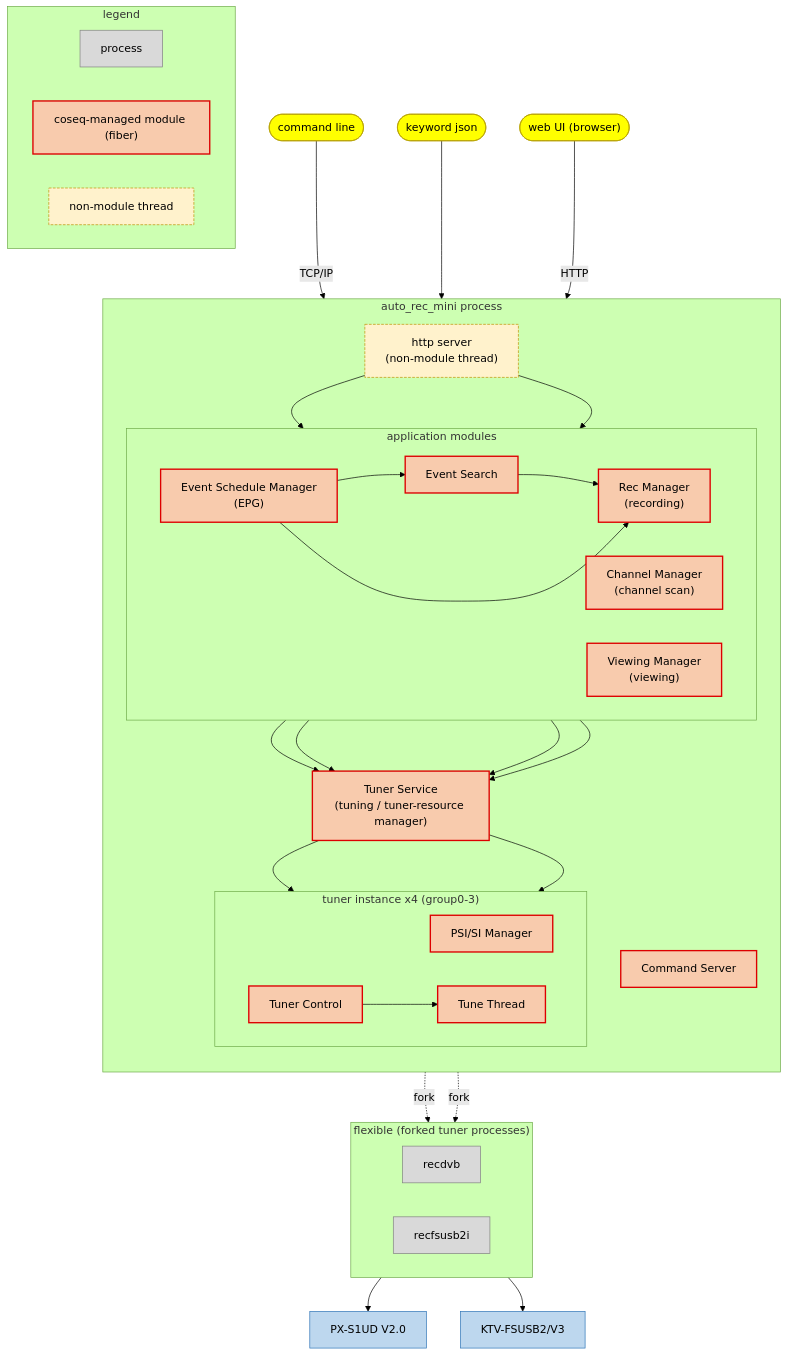
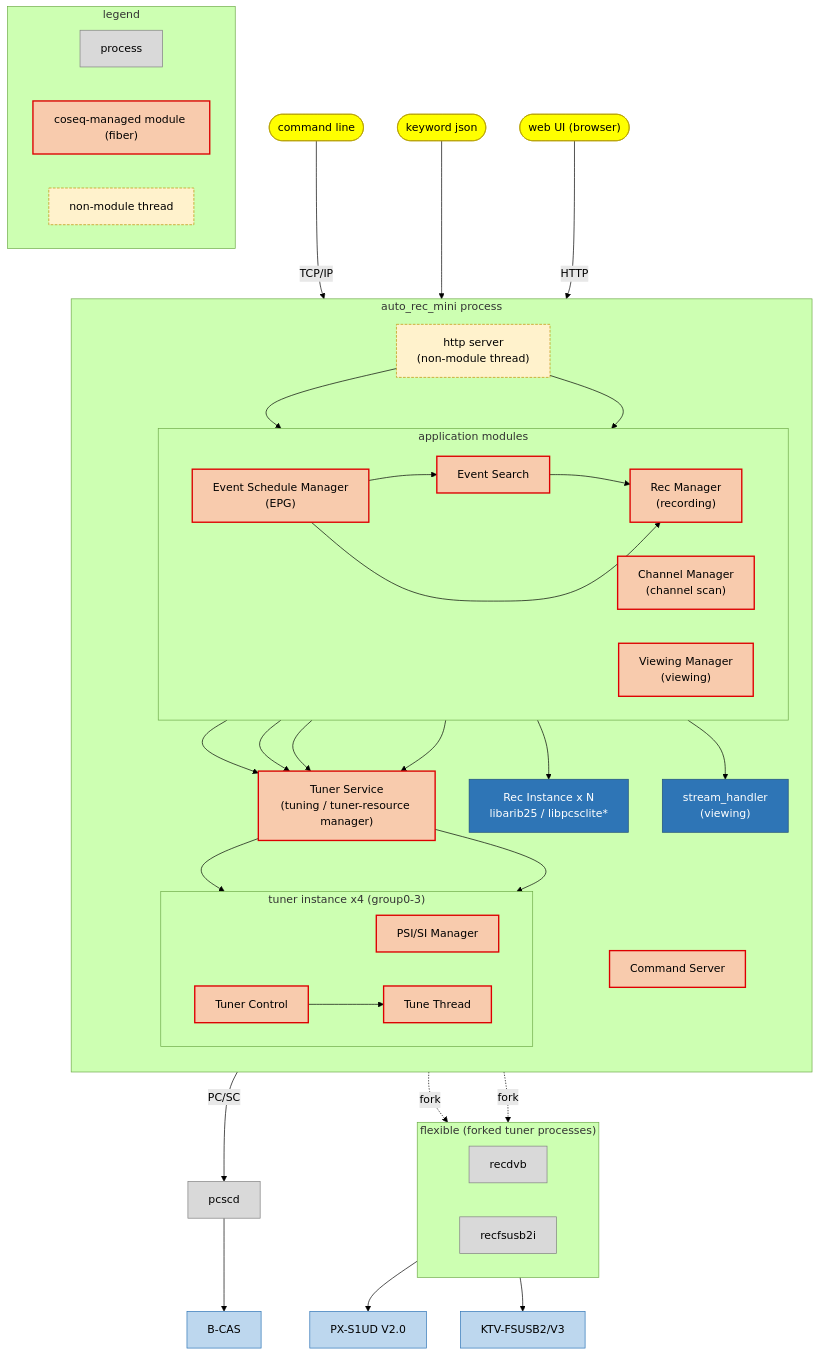
The first of 2 diagrams in README.md (ysan/auto_rec_mini), drawn with Mermaid (forest theme) before and after one commit. The commit also changed 1 other file, not shown here.

Commit message:
docs: keep Rec Instance / stream_handler in the component diagram
- component diagram: show Rec Instance and stream_handler as boxes
  (Rec Manager -> Rec Instance, Viewing Manager -> stream_handler) and
  move the PC/SC path (pcscd / B-CAS) here
- m2ts data-flow diagram: focus on the stream fan-out from Tune Thread
  to the three receivers (drop the PC/SC detail, kept in the component
  diagram)

````diff
--- a/README.md
+++ b/README.md
@@ -47,73 +47,82 @@
 ```mermaid
 flowchart TB
     cmdline(["command line"]):::ext
     kwjson(["keyword json"]):::ext
     webcli(["web UI (browser)"]):::ext
 
     subgraph PROC["auto_rec_mini process"]
       direction TB
       CS["Command Server"]:::mod
       HTTP["http server<br/>(non-module thread)"]:::thread
 
       subgraph APP["application modules"]
         direction LR
         ES["Event Search"]:::mod
         ESM["Event Schedule Manager<br/>(EPG)"]:::mod
         CM["Channel Manager<br/>(channel scan)"]:::mod
         RM["Rec Manager<br/>(recording)"]:::mod
         VM["Viewing Manager<br/>(viewing)"]:::mod
       end
 
+      REC["Rec Instance x N<br/>libarib25 / libpcsclite*"]:::lib
+      SH["stream_handler<br/>(viewing)"]:::lib
+
       TS["Tuner Service<br/>(tuning / tuner-resource manager)"]:::mod
 
       subgraph TUN["tuner instance x4 (group0-3)"]
         direction LR
         PSI["PSI/SI Manager"]:::mod
         TC["Tuner Control"]:::mod
         TT["Tune Thread"]:::mod
       end
     end
 
     subgraph FLEX["flexible (forked tuner processes)"]
       direction LR
       RECDVB["recdvb"]:::proc2
       RECFS["recfsusb2i"]:::proc2
     end
 
+    PCSCD["pcscd"]:::proc2
+    BCAS["B-CAS"]:::hw
     DEV1["PX-S1UD V2.0"]:::hw
     DEV2["KTV-FSUSB2/V3"]:::hw
 
     cmdline -->|TCP/IP| CS
     kwjson --> ES
     webcli -->|HTTP| HTTP
     HTTP --> VM
     HTTP --> CM
     ESM --> ES
     ES --> RM
     ESM --> RM
     CM --> TS
     ESM --> TS
     RM --> TS
     VM --> TS
+    RM --> REC
+    VM --> SH
+    REC -->|PC/SC| PCSCD
+    PCSCD --> BCAS
     TS --> PSI
     TS --> TC
     TC --> TT
     TT -.fork.-> RECDVB
     TT -.fork.-> RECFS
     RECDVB --> DEV1
     RECFS --> DEV2
 
     subgraph LEGEND["legend"]
       direction LR
       L1["process"]:::proc2
       L2["coseq-managed module (fiber)"]:::mod
       L3["non-module thread"]:::thread
     end
 
     classDef mod fill:#f8cbad,stroke:#d00,stroke-width:2px,color:#000;
     classDef lib fill:#2e75b6,stroke:#1f4e79,color:#fff;
     classDef ext fill:#ffff00,stroke:#b59f00,color:#000;
     classDef proc2 fill:#d9d9d9,stroke:#808080,color:#000;
     classDef hw fill:#bdd7ee,stroke:#2e75b6,color:#000;
     classDef thread fill:#fff2cc,stroke:#bf9000,stroke-dasharray:4 2,color:#000;
 ```
````
